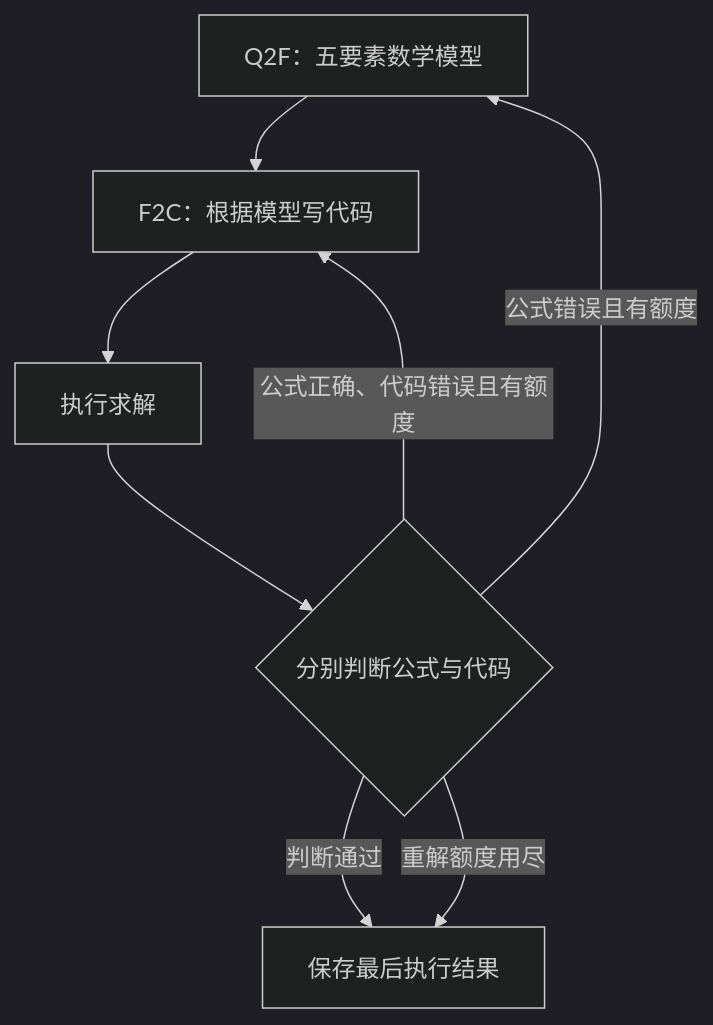
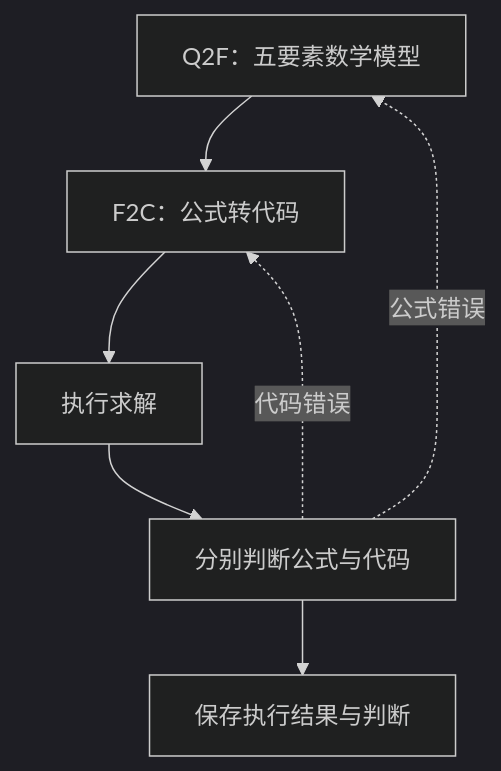
Before and after one commit to Fangziyang0910/LLM4OM: the diagram in website/content/zh/llmopt.md, drawn with Mermaid (dark theme). The commit also changed other lines of this file and 231 other files, not shown here.

````diff
--- a/website/content/zh/llmopt.md
+++ b/website/content/zh/llmopt.md
@@ -17,10 +17,11 @@
 ```mermaid
 flowchart TB
-  Define["Q2F：五要素数学模型"] --> Code["F2C：根据模型写代码"]
-  Code --> Solve["执行求解"]
-  Solve --> Judge{"分别判断公式与代码"}
-  Judge -->|公式错误且有额度| Define
-  Judge -->|公式正确、代码错误且有额度| Code
-  Judge -->|判断通过| Finish["保存最后执行结果"]
-  Judge -->|重解额度用尽| Finish
+  Define["Q2F：五要素数学模型"]
+  Code["F2C：公式转代码"]
+  Solve["执行求解"]
+  Judge["分别判断公式与代码"]
+  Finish["保存执行结果与判断"]
+  Define --> Code --> Solve --> Judge --> Finish
+  Judge -.->|公式错误| Define
+  Judge -.->|代码错误| Code
 ```
````
